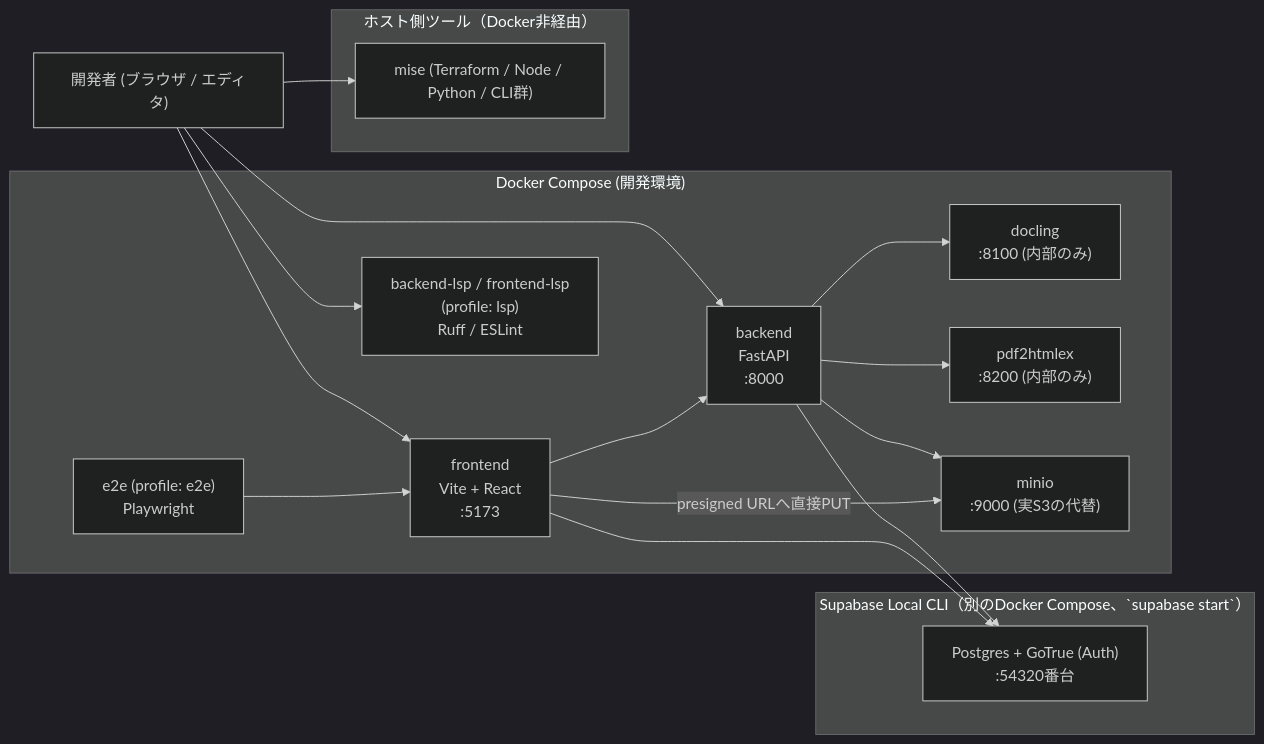
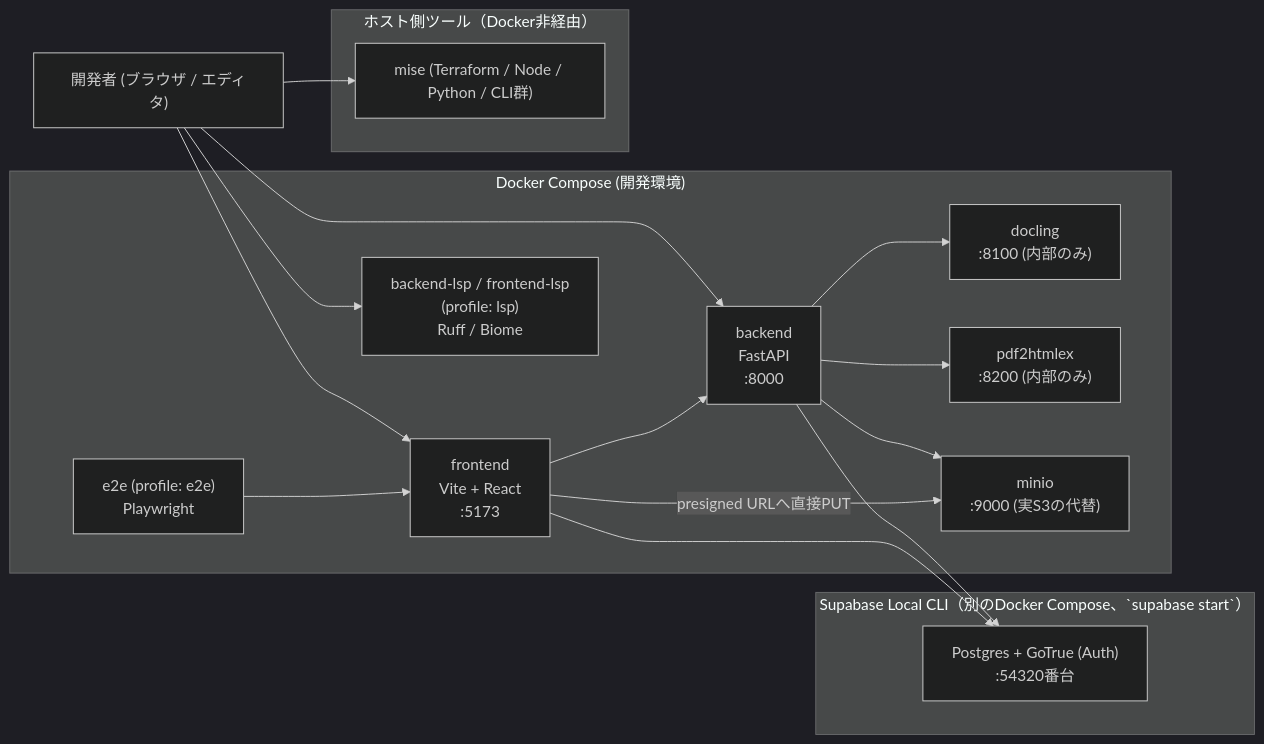
Before and after one commit to EisukeHishikawa/adapt-sheet: the second of 8 diagrams in docs/architecture.md, drawn with Mermaid (dark theme). The commit also changed other lines of this file and 55 other files, not shown here.

````diff
--- a/docs/architecture.md
+++ b/docs/architecture.md
@@ -63,35 +63,35 @@
 ```mermaid
 flowchart LR
     Dev["開発者 (ブラウザ / エディタ)"]
 
     subgraph Compose["Docker Compose (開発環境)"]
         FE["frontend<br/>Vite + React<br/>:5173"]
         BE["backend<br/>FastAPI<br/>:8000"]
         DL["docling<br/>:8100 (内部のみ)"]
         PH["pdf2htmlex<br/>:8200 (内部のみ)"]
         MinIO["minio<br/>:9000 (実S3の代替)"]
         E2E["e2e (profile: e2e)<br/>Playwright"]
-        LSP["backend-lsp / frontend-lsp<br/>(profile: lsp)<br/>Ruff / ESLint"]
+        LSP["backend-lsp / frontend-lsp<br/>(profile: lsp)<br/>Ruff / Biome"]
     end
 
     subgraph SupaCompose["Supabase Local CLI（別のDocker Compose、`supabase start`）"]
         SB["Postgres + GoTrue (Auth)<br/>:54320番台"]
     end
 
     subgraph Host["ホスト側ツール（Docker非経由）"]
         Mise["mise (Terraform / Node / Python / CLI群)"]
     end
 
     Dev --> FE
     Dev --> BE
     Dev --> LSP
     FE --> BE
     BE --> DL
     BE --> PH
     BE --> MinIO
     FE -->|"presigned URLへ直接PUT"| MinIO
     BE --> SB
     FE --> SB
     E2E --> FE
     Dev --> Mise
 ```
````
